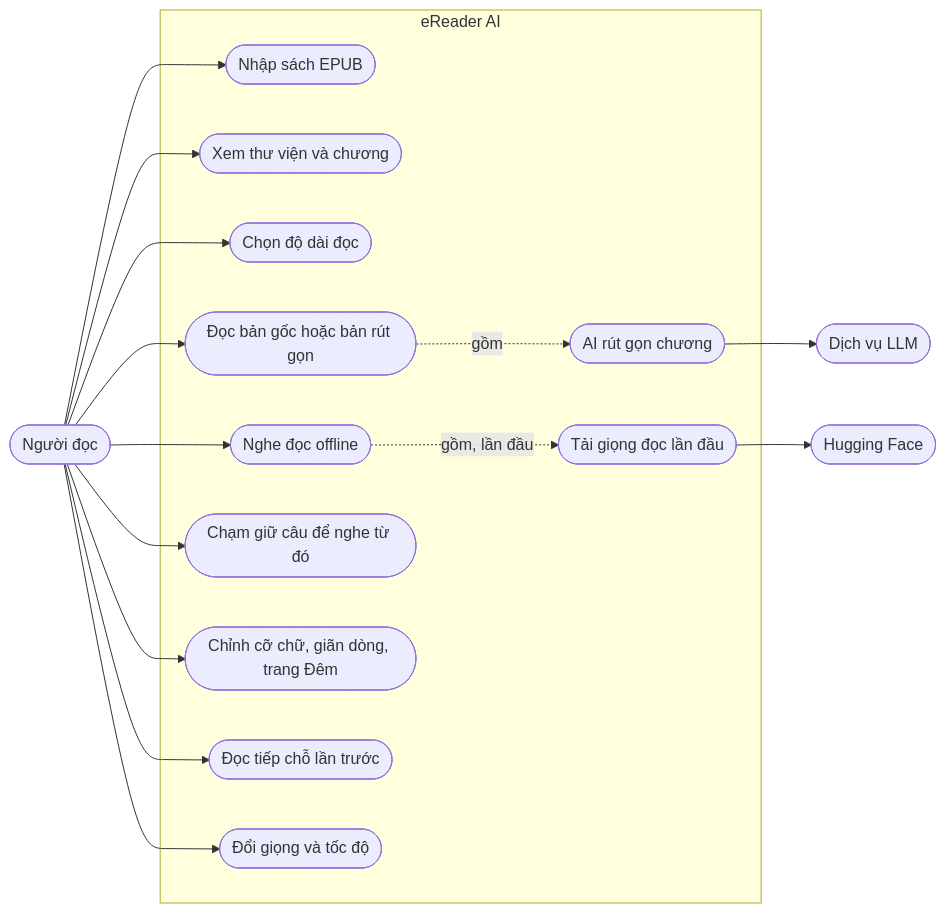
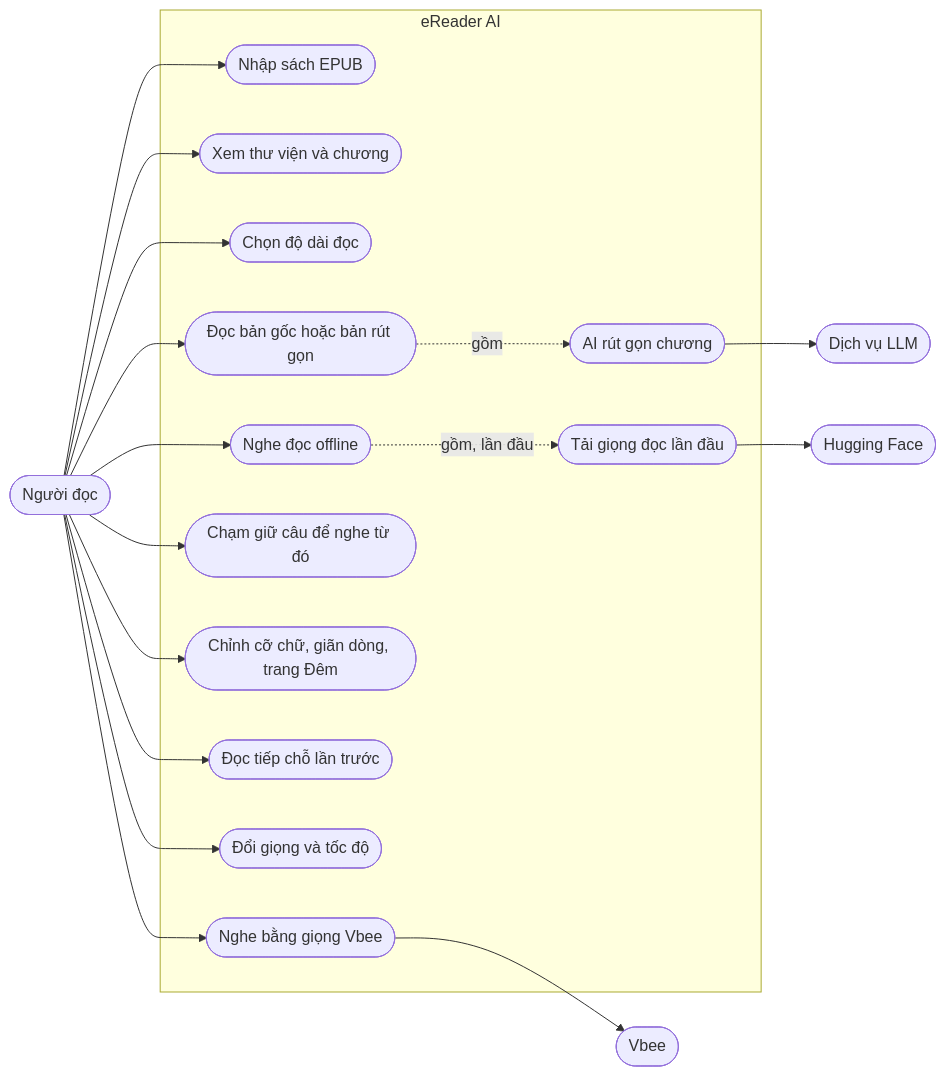
The first of 2 diagrams in README.vi.md (tinwritescode/ereader-ai), drawn with Mermaid before and after one commit. The commit also changed other lines of this file and 23 other files, not shown here.

````diff
--- a/README.vi.md
+++ b/README.vi.md
@@ -15,35 +15,39 @@
 ```mermaid
 flowchart LR
     reader(["Người đọc"])
     llm(["Dịch vụ LLM"])
     hf(["Hugging Face"])
+    vbee(["Vbee"])
 
     subgraph app["eReader AI"]
         import(["Nhập sách EPUB"])
         browse(["Xem thư viện và chương"])
         length(["Chọn độ dài đọc"])
         read(["Đọc bản gốc hoặc bản rút gọn"])
         shorten(["AI rút gọn chương"])
         listen(["Nghe đọc offline"])
         pick(["Chạm giữ câu để nghe từ đó"])
         look(["Chỉnh cỡ chữ, giãn dòng, trang Đêm"])
         resume(["Đọc tiếp chỗ lần trước"])
         download(["Tải giọng đọc lần đầu"])
         tune(["Đổi giọng và tốc độ"])
+        cloud(["Nghe bằng giọng Vbee"])
     end
 
     reader --> import
     reader --> browse
     reader --> length
     reader --> read
     reader --> listen
     reader --> pick
     reader --> look
     reader --> resume
     reader --> tune
+    reader --> cloud
 
     read -. "gồm" .-> shorten
     listen -. "gồm, lần đầu" .-> download
     shorten --> llm
     download --> hf
+    cloud --> vbee
 ```
````
